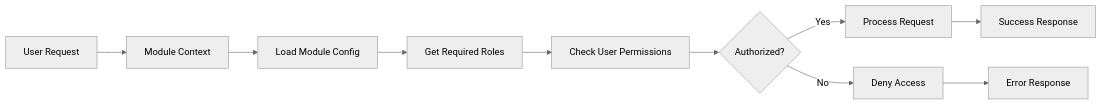
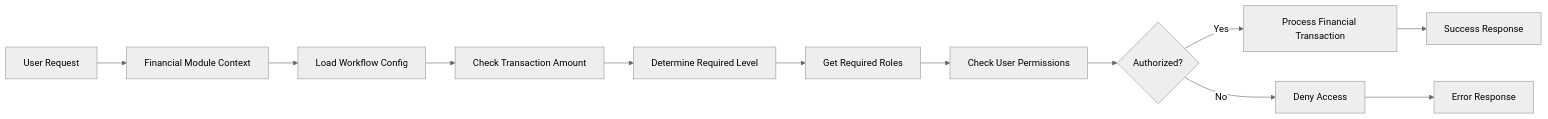
One commit to franckylab/eLISAschool changed the eighth of 13 diagrams in .qoder/repowiki/en/content/Modules & Features/Validation Workflow System.md. Above: the diagram before and after it, drawn with Mermaid (neutral theme). The commit also changed other lines of this file and 236 other files, not shown here.

````diff
--- a/.qoder/repowiki/en/content/Modules & Features/Validation Workflow System.md
+++ b/.qoder/repowiki/en/content/Modules & Features/Validation Workflow System.md
@@ -282,12 +418,14 @@
 ```mermaid
 flowchart LR
-User[User Request] --> Module[Module Context]
-Module --> Config[Load Module Config]
-Config --> Roles[Get Required Roles]
-Roles --> Check[Check User Permissions]
+User[User Request] --> Module[Financial Module Context]
+Module --> Config[Load Workflow Config]
+Config --> Amount[Check Transaction Amount]
+Amount --> DetermineLevel[Determine Required Level]
+DetermineLevel --> GetRoles[Get Required Roles]
+GetRoles --> Check[Check User Permissions]
 Check --> Authorized{Authorized?}
-Authorized --> |Yes| Process[Process Request]
+Authorized --> |Yes| Process[Process Financial Transaction]
 Authorized --> |No| Deny[Deny Access]
 Process --> Success[Success Response]
 Deny --> Error[Error Response]
 ```
````
